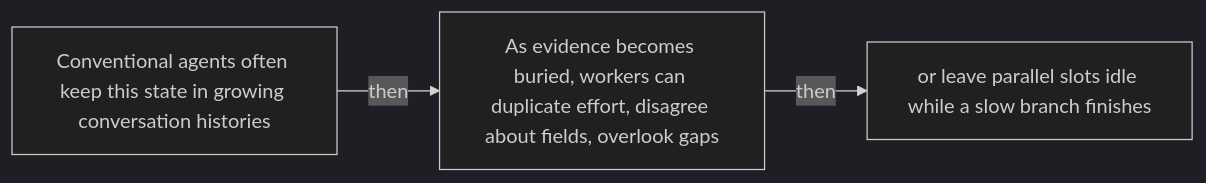
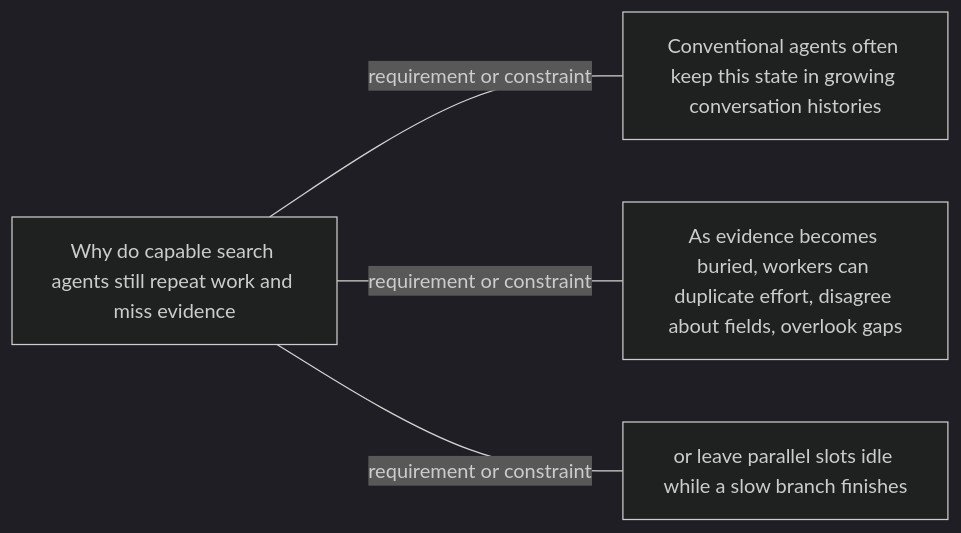
The sixth of 51 diagrams in docs/visual-manifests/VISUAL_MANIFEST_SEARCHOS_V1.md (Betancourt1/paper_atlas), drawn with Mermaid (dark theme) before and after one commit. The commit also changed other lines of this file and 7 other files, not shown here.

````diff
--- a/docs/visual-manifests/VISUAL_MANIFEST_SEARCHOS_V1.md
+++ b/docs/visual-manifests/VISUAL_MANIFEST_SEARCHOS_V1.md
@@ -424,8 +430,10 @@
 ```mermaid
 flowchart LR
-  n1["Conventional agents often keep this state in growing conversation histories"]
-  n2["As evidence becomes buried, workers can duplicate effort, disagree about fields, overlook gaps"]
-  n3["or leave parallel slots idle while a slow branch finishes"]
-  n1 -->|"then"| n2
-  n2 -->|"then"| n3
+  center["Why do capable search agents still repeat work and miss evidence"]
+  f1["Conventional agents often keep this state in growing conversation histories"]
+  f2["As evidence becomes buried, workers can duplicate effort, disagree about fields, overlook gaps"]
+  f3["or leave parallel slots idle while a slow branch finishes"]
+  center ---|"requirement or constraint"| f1
+  center ---|"requirement or constraint"| f2
+  center ---|"requirement or constraint"| f3
 ```
````
